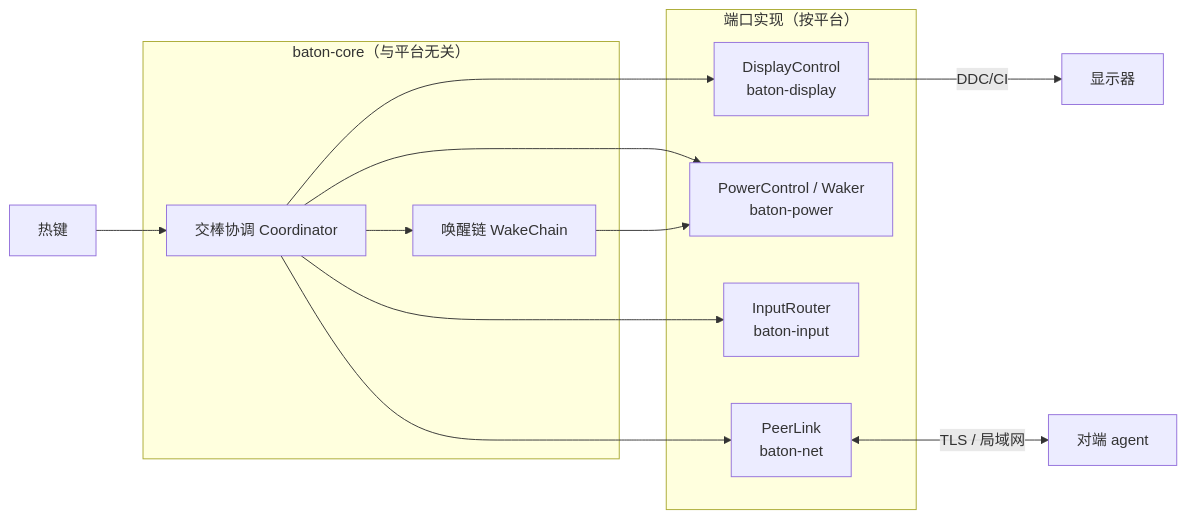
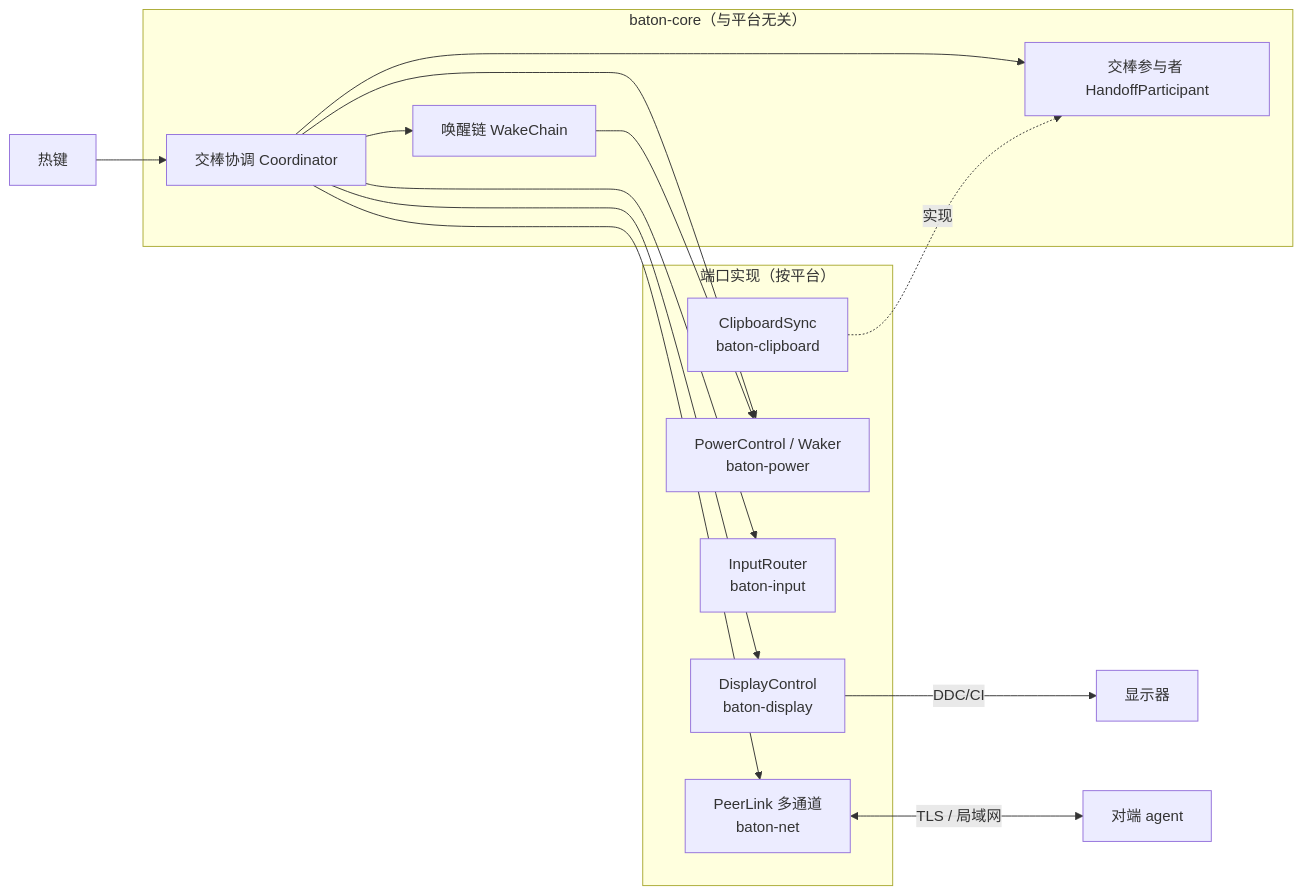
Before and after one commit to Rossettaylm/deskbaton: the diagram in docs/superpowers/specs/2026-10-16-deskbaton-design.md, drawn with Mermaid. The commit also changed other lines of this file, not shown here.

````diff
--- a/docs/superpowers/specs/2026-10-16-deskbaton-design.md
+++ b/docs/superpowers/specs/2026-10-16-deskbaton-design.md
@@ -51,18 +56,22 @@
 ```mermaid
 flowchart LR
     subgraph Core["baton-core（与平台无关）"]
         CO[交棒协调 Coordinator]
         WC[唤醒链 WakeChain]
+        HP[交棒参与者 HandoffParticipant]
     end
     subgraph Ports["端口实现（按平台）"]
         DC[DisplayControl<br/>baton-display]
         PW[PowerControl / Waker<br/>baton-power]
         IR[InputRouter<br/>baton-input]
-        PL[PeerLink<br/>baton-net]
+        PL[PeerLink 多通道<br/>baton-net]
+        CB[ClipboardSync<br/>baton-clipboard]
     end
     HK[热键] --> CO
     CO --> DC & PW & IR & PL
     CO --> WC --> PW
+    CO --> HP
+    CB -. 实现 .-> HP
     DC -- DDC/CI --> MON[显示器]
     PL <-- TLS / 局域网 --> PEER[对端 agent]
 ```
````
